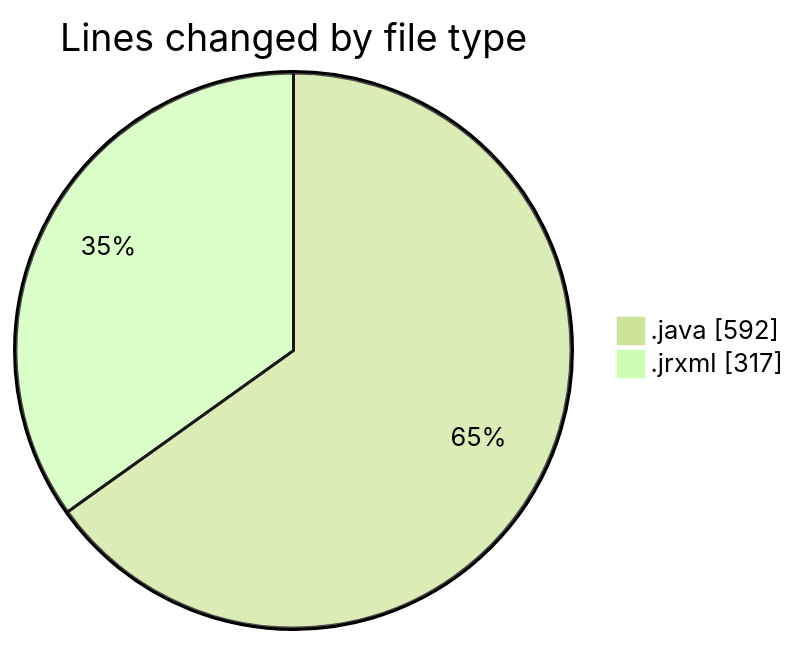
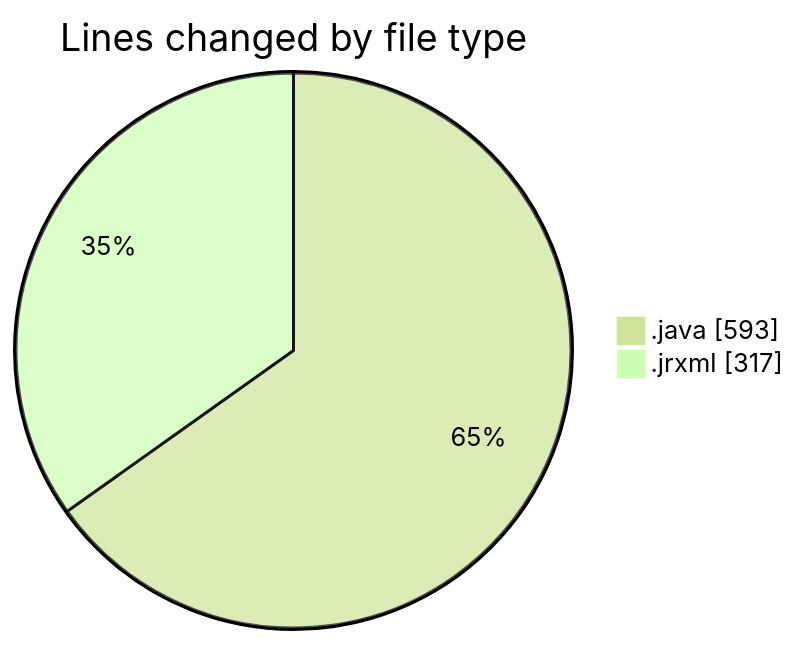
The first of 2 diagrams in 2026-08-27/cilreports__workspace_/README.md (ricardozamudiocil/code-tracking), drawn with Mermaid (forest theme) before and after one commit. The commit also changed other lines of this file and 1 other file, not shown here.

````diff
--- a/2026-08-27/cilreports__workspace_/README.md
+++ b/2026-08-27/cilreports__workspace_/README.md
@@ -23,6 +23,6 @@
 ```mermaid
 pie showData
 title Lines changed by file type
-".java" : 592
+".java" : 593
 ".jrxml" : 317
 ```
````
